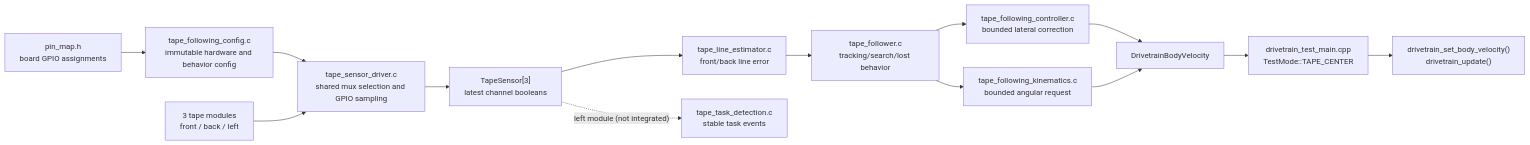
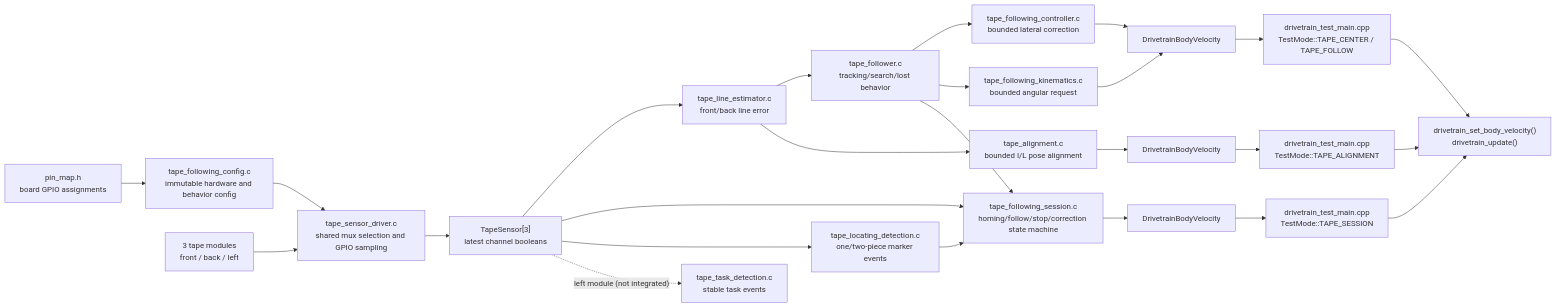
Before and after one commit to J1m1-P/Robot-Summer-Team-5: the diagram in Robot/firmware/esp32-drivetrain/docs/subsystem/TAPE_FOLLOWING_SYSTEM.md, drawn with Mermaid. The commit also changed other lines of this file, not shown here.

First line of the commit message:
Document the tape-following session/alignment/locating layer

````diff
--- a/Robot/firmware/esp32-drivetrain/docs/subsystem/TAPE_FOLLOWING_SYSTEM.md
+++ b/Robot/firmware/esp32-drivetrain/docs/subsystem/TAPE_FOLLOWING_SYSTEM.md
@@ -15,16 +15,27 @@
 ```mermaid
 flowchart LR
     Pins["pin_map.h<br/>board GPIO assignments"] --> Config["tape_following_config.c<br/>immutable hardware and behavior config"]
     Config --> Driver["tape_sensor_driver.c<br/>shared mux selection and GPIO sampling"]
     Hardware["3 tape modules<br/>front / back / left"] --> Driver
     Driver --> Samples["TapeSensor[3]<br/>latest channel booleans"]
     Samples --> Estimator["tape_line_estimator.c<br/>front/back line error"]
     Estimator --> Follower["tape_follower.c<br/>tracking/search/lost behavior"]
     Follower --> Controller["tape_following_controller.c<br/>bounded lateral correction"]
     Follower --> Heading["tape_following_kinematics.c<br/>bounded angular request"]
     Controller --> Body["DrivetrainBodyVelocity"]
     Heading --> Body
-    Body --> Harness["drivetrain_test_main.cpp<br/>TestMode::TAPE_CENTER"]
+    Follower --> Session["tape_following_session.c<br/>homing/follow/stop/correction state machine"]
+    Samples --> Session
+    Samples --> Locating["tape_locating_detection.c<br/>one/two-piece marker events"]
+    Locating --> Session
+    Session --> SessionBody["DrivetrainBodyVelocity"]
+    Estimator --> Alignment["tape_alignment.c<br/>bounded I/L pose alignment"]
+    Alignment --> AlignBody["DrivetrainBodyVelocity"]
+    Body --> Harness["drivetrain_test_main.cpp<br/>TestMode::TAPE_CENTER / TAPE_FOLLOW"]
+    SessionBody --> Harness2["drivetrain_test_main.cpp<br/>TestMode::TAPE_SESSION"]
+    AlignBody --> Harness3["drivetrain_test_main.cpp<br/>TestMode::TAPE_ALIGNMENT"]
     Harness --> Drivetrain["drivetrain_set_body_velocity()<br/>drivetrain_update()"]
+    Harness2 --> Drivetrain
+    Harness3 --> Drivetrain
     Samples -. "left module (not integrated)" .-> Task["tape_task_detection.c<br/>stable task events"]
 ```
````
